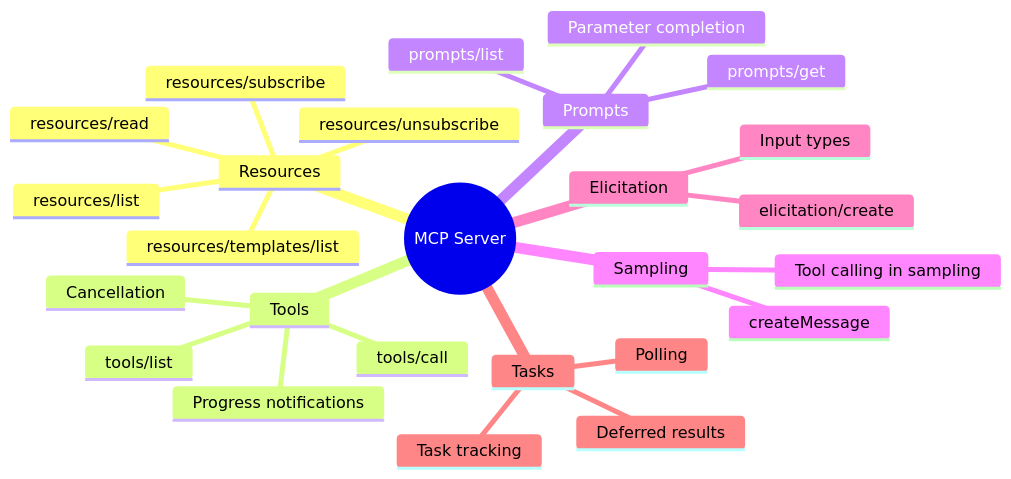
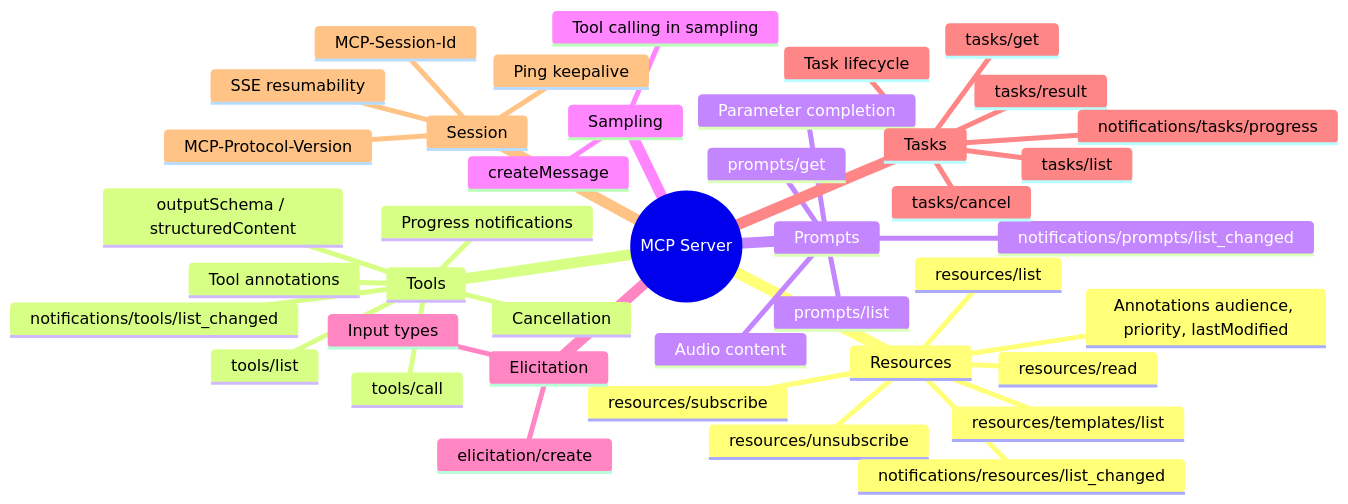
Before and after one commit to markbsigler/MCP_Architecture: the second of 12 diagrams in docs/IEEE-42010/AD.md, drawn with Mermaid. The commit also changed other lines of this file, not shown here.

````diff
--- a/docs/IEEE-42010/AD.md
+++ b/docs/IEEE-42010/AD.md
@@ -324,29 +325,44 @@
 ```mermaid
 mindmap
   root((MCP Server))
     Resources
       resources/list
       resources/read
       resources/templates/list
       resources/subscribe
       resources/unsubscribe
+      notifications/resources/list_changed
+      Annotations audience, priority, lastModified
     Tools
       tools/list
       tools/call
+      outputSchema / structuredContent
+      Tool annotations
+      notifications/tools/list_changed
       Progress notifications
       Cancellation
     Prompts
       prompts/list
       prompts/get
+      notifications/prompts/list_changed
+      Audio content
       Parameter completion
     Sampling
       createMessage
       Tool calling in sampling
     Elicitation
       elicitation/create
       Input types
     Tasks
-      Task tracking
-      Polling
-      Deferred results
+      tasks/get
+      tasks/result
+      tasks/list
+      tasks/cancel
+      notifications/tasks/progress
+      Task lifecycle
+    Session
+      MCP-Session-Id
+      MCP-Protocol-Version
+      SSE resumability
+      Ping keepalive
 ```
````
